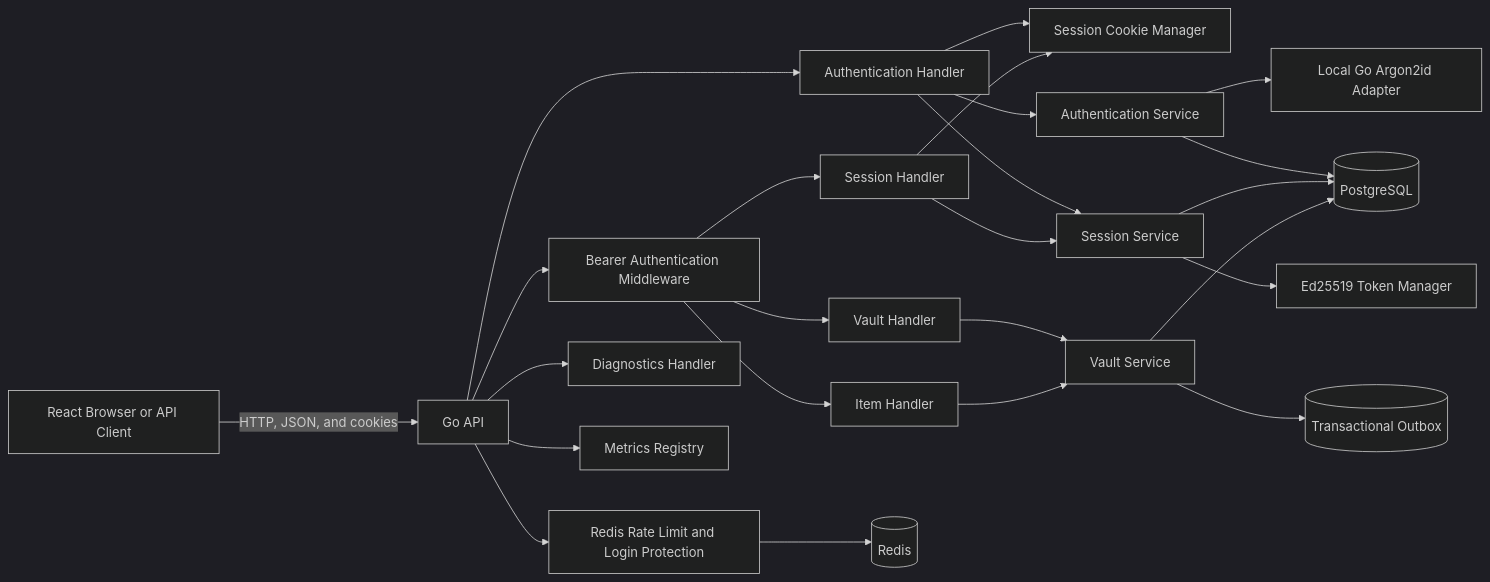
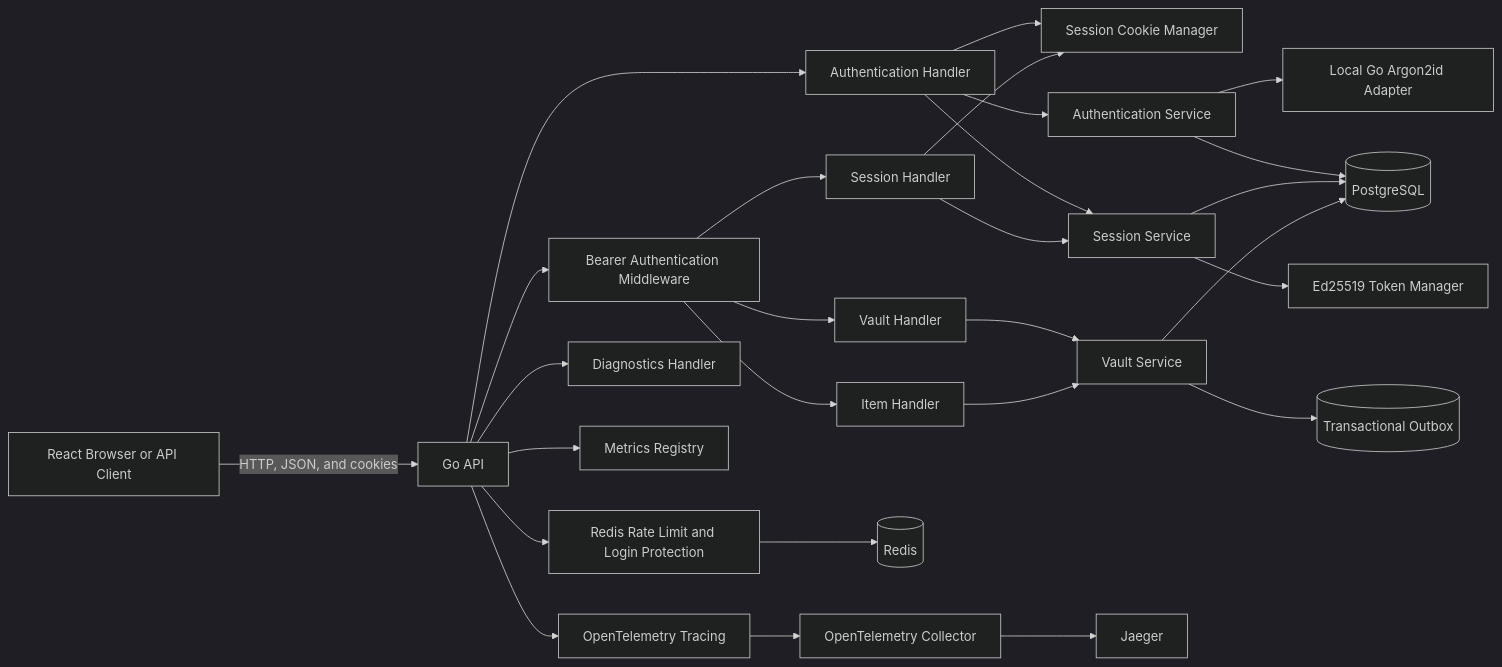
The first of 7 diagrams in docs/architecture.md (martinrgarciap/vaultforge), drawn with Mermaid (dark theme) before and after one commit. The commit also changed other lines of this file and 23 other files, not shown here.

Commit message:
Add minimal OpenTelemetry tracing

````diff
--- a/docs/architecture.md
+++ b/docs/architecture.md
@@ -20,46 +20,52 @@
 ```mermaid
 flowchart LR
     C[React Browser or API Client]
     A[Go API]
     AH[Authentication Handler]
     SC[Session Cookie Manager]
     SH[Session Handler]
     VH[Vault Handler]
     IH[Item Handler]
     M[Bearer Authentication Middleware]
     RL[Redis Rate Limit and Login Protection]
     AS[Authentication Service]
     SS[Session Service]
     VS[Vault Service]
     H[Local Go Argon2id Adapter]
     T[Ed25519 Token Manager]
     P[(PostgreSQL)]
     R[(Redis)]
     O[(Transactional Outbox)]
     D[Diagnostics Handler]
     MX[Metrics Registry]
+    TR[OpenTelemetry Tracing]
+    OC[OpenTelemetry Collector]
+    J[Jaeger]
 
     C -->|HTTP, JSON, and cookies| A
     A --> MX
+    A --> TR
+    TR --> OC
+    OC --> J
     A --> D
     A --> AH
     A --> M
     A --> RL
     M --> SH
     M --> VH
     M --> IH
     AH --> SC
     SH --> SC
     AH --> AS
     AH --> SS
     SH --> SS
     VH --> VS
     IH --> VS
     AS --> H
     SS --> T
     AS --> P
     SS --> P
     VS --> P
     VS --> O
     RL --> R
 ```
````
